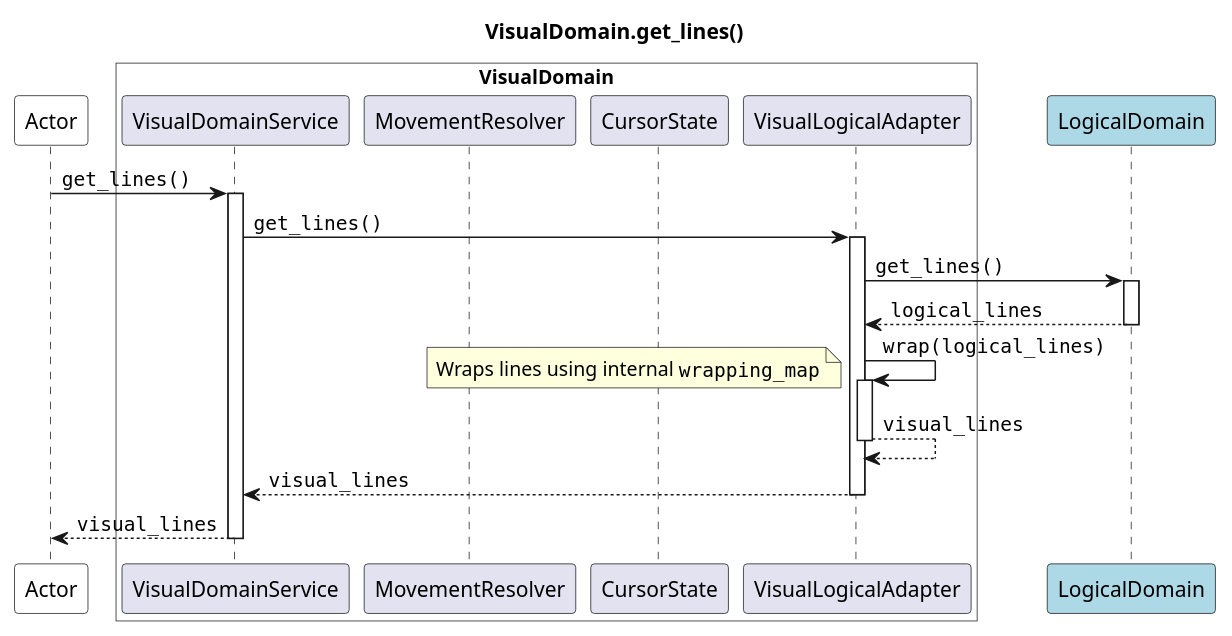
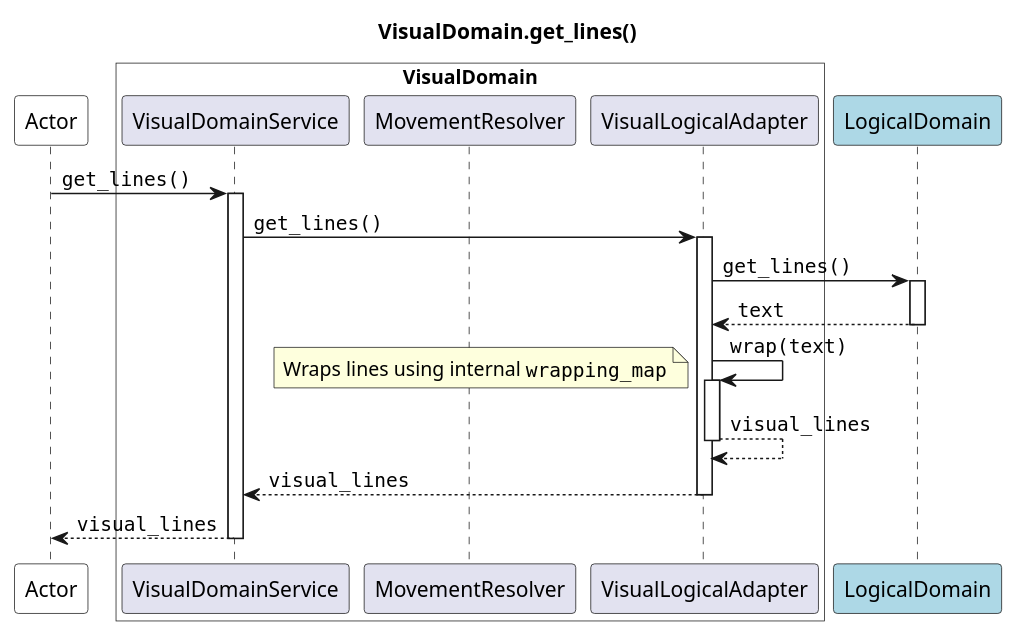
The diagram in docs/source/specs/architecture/diagrams/sequence/seq_get_lines_visual.puml (JoeRittiner/TextEngine), drawn with PlantUML before and after one commit. The commit also changed 1 other file, not shown here.

Commit message:
doc: Update "Get lines" diagrams

```diff
--- a/docs/source/specs/architecture/diagrams/sequence/seq_get_lines_visual.puml
+++ b/docs/source/specs/architecture/diagrams/sequence/seq_get_lines_visual.puml
@@ -1,27 +1,26 @@
 @startuml
 
 title VisualDomain.get_lines()
 
 participant Actor as app #white
 box "VisualDomain" #white
     participant VisualDomainService as VS
     participant MovementResolver as MR
-    participant CursorState as CS
     participant VisualLogicalAdapter as VA
 end box
 participant LogicalDomain as LD #lightblue
 
 app -> VS : ""get_lines()""
 activate VS
     VS -> VA : ""get_lines()""
     activate VA
         VA -> LD : ""get_lines()""
         activate LD
-            return ""logical_lines""
-        VA -> VA : ""wrap(logical_lines)""
+            return ""text""
+        VA -> VA : ""wrap(text)""
         note left: Wraps lines using internal ""wrapping_map""
         activate VA
             return ""visual_lines""
         return ""visual_lines""
     return ""visual_lines""
 @enduml
```
